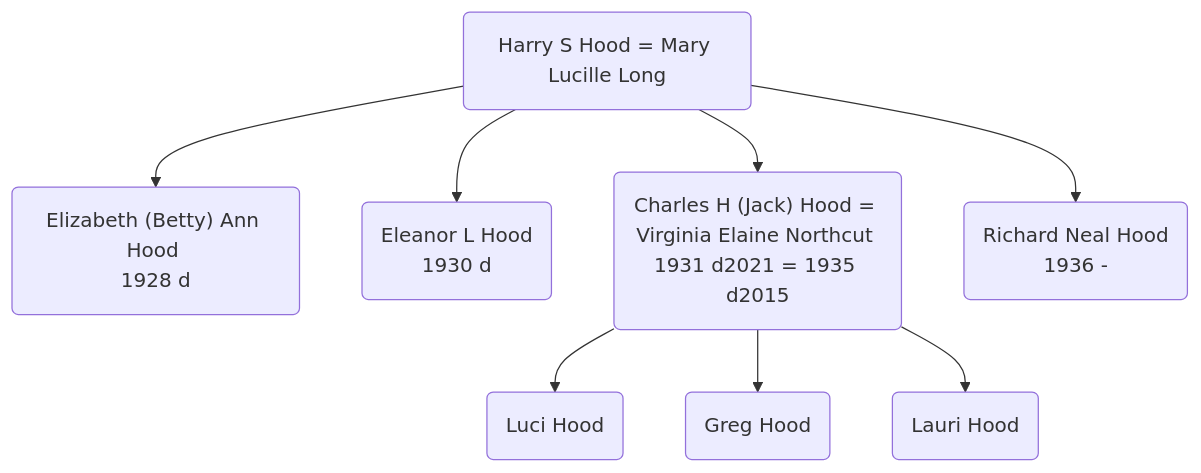
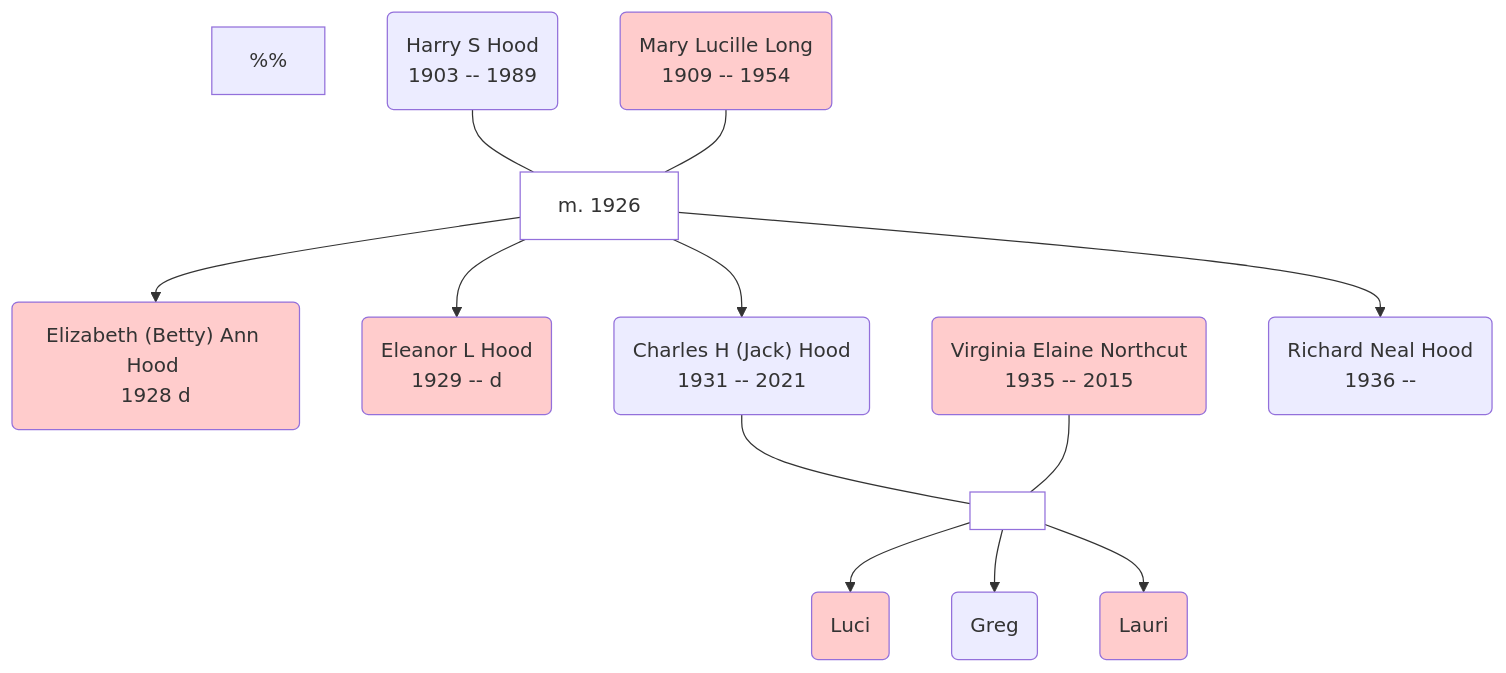
One commit to NixImagery/family changed the diagram in source/Hood/2022-01-07-Jack-Hood.md. Above: the diagram before and after it, drawn with Mermaid. The commit also changed other lines of this file and 6 other files, not shown here.

Commit message:
Mermaid tree charts, colouration and form.

````diff
--- a/source/Hood/2022-01-07-Jack-Hood.md
+++ b/source/Hood/2022-01-07-Jack-Hood.md
@@ -34,11 +38,18 @@
 ``` mermaid
 flowchart TD
-    HSH(Harry S Hood = Mary Lucille Long)
-    HSH --> EAH("Elizabeth (Betty) Ann Hood" <br>1928 d)
-    HSH --> ELH(Eleanor L Hood <br>1930 d)
-    HSH --> CHH("Charles H (Jack) Hood" = Virginia Elaine Northcut <br>1931 d2021 = 1935 d2015)
-    HSH --> RNH(Richard Neal Hood <br>1936 - )
-    CHH --> LuH(Luci Hood)
-    CHH --> GH(Greg Hood)
-    CHH --> LaH(Lauri Hood)
+  classDef female fill:#fcc
+  classDef gentie fill:#fff
+  %%
+  HSH(Harry S Hood<br>1903 -- 1989) --- HSHMLL["m. 1926"]:::gentie
+  MLL(Mary Lucille Long<br>1909 -- 1954):::female --- HSHMLL
+  HSHMLL --> EAH("Elizabeth (Betty) Ann Hood" <br>1928 d):::female
+  HSHMLL --> ELH(Eleanor L Hood <br>1929 -- d):::female 
+  HSHMLL --> CHH("Charles H (Jack) Hood" <br>1931 -- 2021) 
+  %%
+  CHH --- CHHVEN[" "]:::gentie
+  VEN(Virginia Elaine Northcut <br>1935 -- 2015):::female --- CHHVEN
+  CHHVEN --> Luci(Luci):::female
+  CHHVEN --> Greg(Greg)
+  CHHVEN --> Lauri(Lauri):::female
+  HSHMLL --> Ric(Richard Neal Hood <br>1936 -- )
 ```
````
